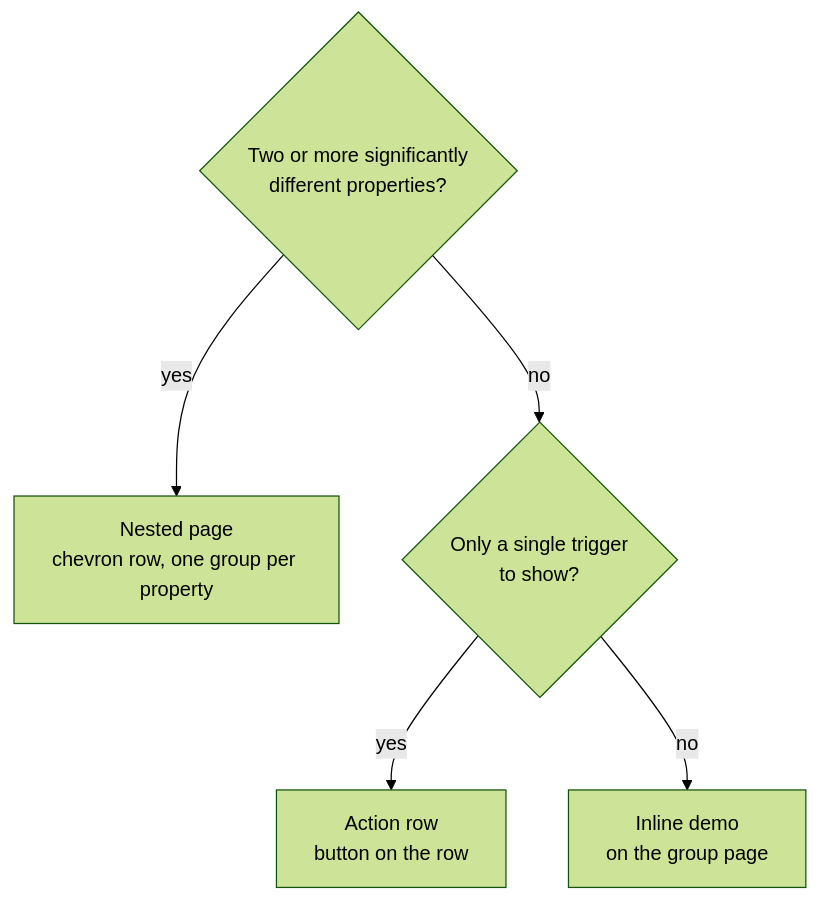
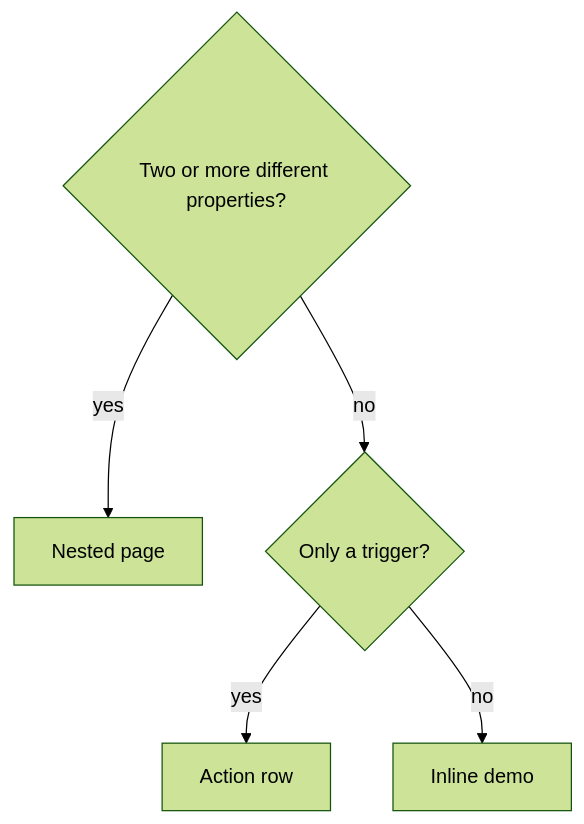
Before and after one commit to VaZark/iced-libadwaita: the diagram in gallery/README.md, drawn with Mermaid (forest theme). The commit also changed other lines of this file and 394 other files, not shown here.

````diff
--- a/gallery/README.md
+++ b/gallery/README.md
@@ -24,8 +24,8 @@
 ```mermaid
 flowchart TD
-    Q{"Two or more significantly<br/>different properties?"}
-    Q -- yes --> N["Nested page<br/>chevron row, one group per property"]
-    Q -- no --> T{"Only a single trigger<br/>to show?"}
-    T -- yes --> A["Action row<br/>button on the row"]
-    T -- no --> I["Inline demo<br/>on the group page"]
+    Q{"Two or more different properties?"}
+    Q -- yes --> N["Nested page"]
+    Q -- no --> T{"Only a trigger?"}
+    T -- yes --> A["Action row"]
+    T -- no --> I["Inline demo"]
 ```
````
